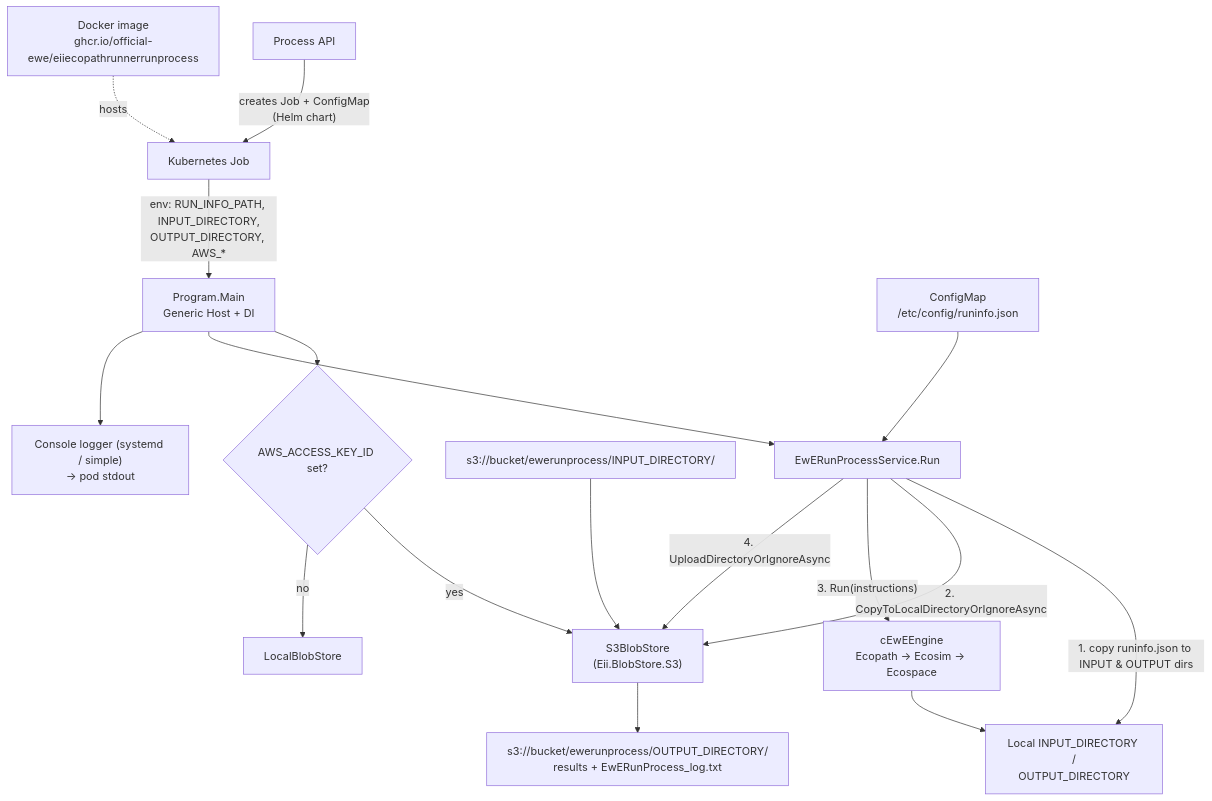
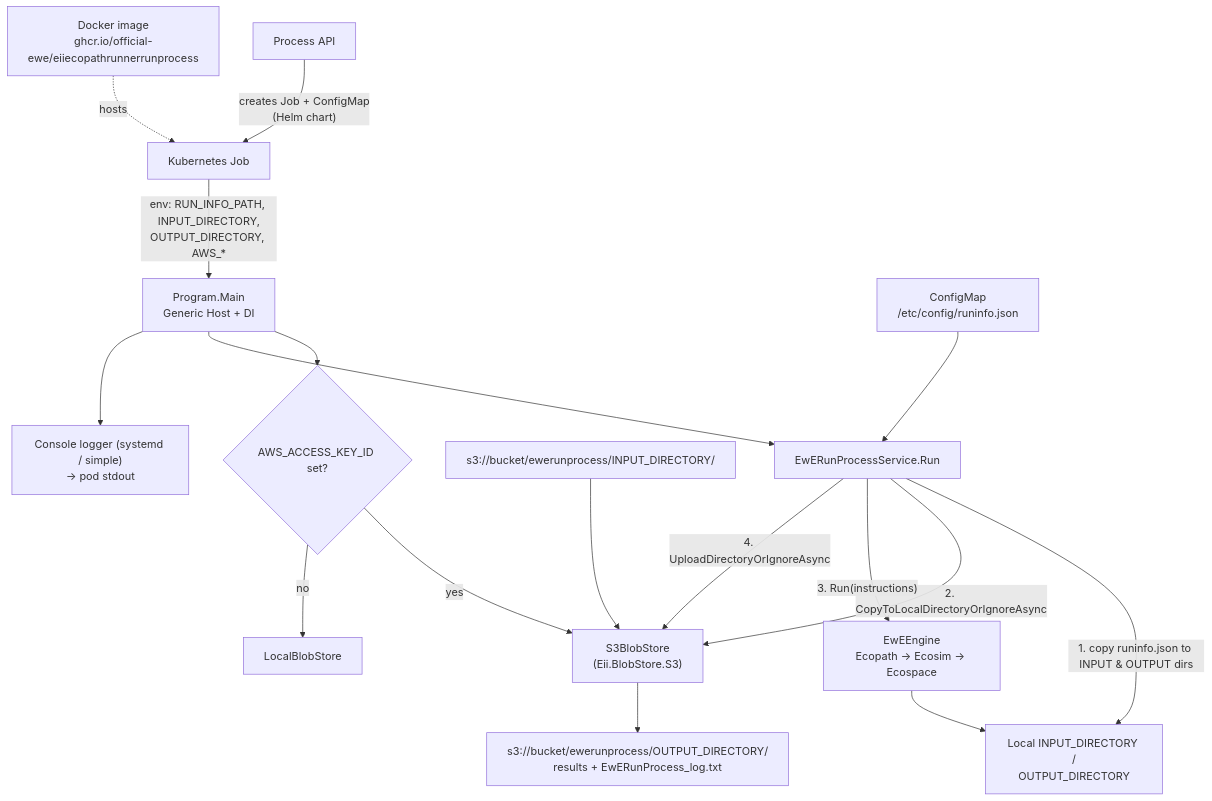
One commit to Official-EwE/Eii.Ecopath.Runner changed the fourth of 7 diagrams in Eii.Ecopath.Runner_architecture.md. Above: the diagram before and after it, drawn with Mermaid. The commit also changed other lines of this file and 108 other files, not shown here.

````diff
--- a/Eii.Ecopath.Runner_architecture.md
+++ b/Eii.Ecopath.Runner_architecture.md
@@ -168,19 +168,19 @@
 ```mermaid
 flowchart TD
     PAPI["Process API"] -->|"creates Job + ConfigMap<br/>(Helm chart)"| K8S["Kubernetes Job"]
     K8S -->|"env: RUN_INFO_PATH, INPUT_DIRECTORY,<br/>OUTPUT_DIRECTORY, AWS_*"| PRG["Program.Main<br/>Generic Host + DI"]
     CM["ConfigMap<br/>/etc/config/runinfo.json"] --> SVC
     PRG --> STORE{"AWS_ACCESS_KEY_ID set?"}
     STORE -->|yes| S3BS["S3BlobStore<br/>(Eii.BlobStore.S3)"]
     STORE -->|no| LBS["LocalBlobStore"]
     PRG --> SVC["EwERunProcessService.Run"]
     SVC -->|"1. copy runinfo.json to INPUT & OUTPUT dirs"| FS["Local INPUT_DIRECTORY /<br/>OUTPUT_DIRECTORY"]
     SVC -->|"2. CopyToLocalDirectoryOrIgnoreAsync"| S3BS
     S3IN["s3://bucket/ewerunprocess/INPUT_DIRECTORY/"] --> S3BS
-    SVC -->|"3. Run(instructions)"| ENG["cEwEEngine<br/>Ecopath → Ecosim → Ecospace"]
+    SVC -->|"3. Run(instructions)"| ENG["EwEEngine<br/>Ecopath → Ecosim → Ecospace"]
     ENG --> FS
     SVC -->|"4. UploadDirectoryOrIgnoreAsync"| S3BS
     S3BS --> S3OUT["s3://bucket/ewerunprocess/OUTPUT_DIRECTORY/<br/>results + EwERunProcess_log.txt"]
     PRG --> LOG["Console logger (systemd / simple)<br/>→ pod stdout"]
     DOCKER["Docker image<br/>ghcr.io/official-ewe/eiiecopathrunnerrunprocess"] -.hosts.-> K8S
 ```
````
